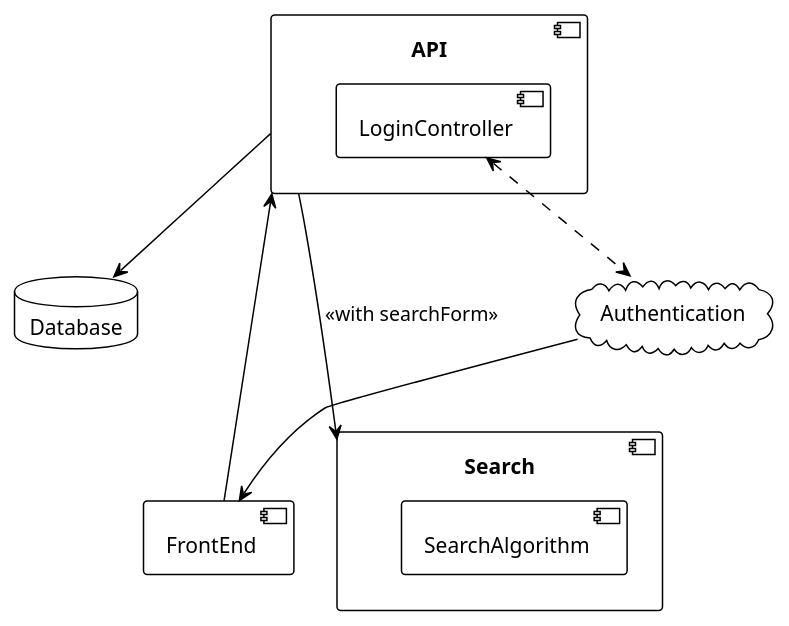
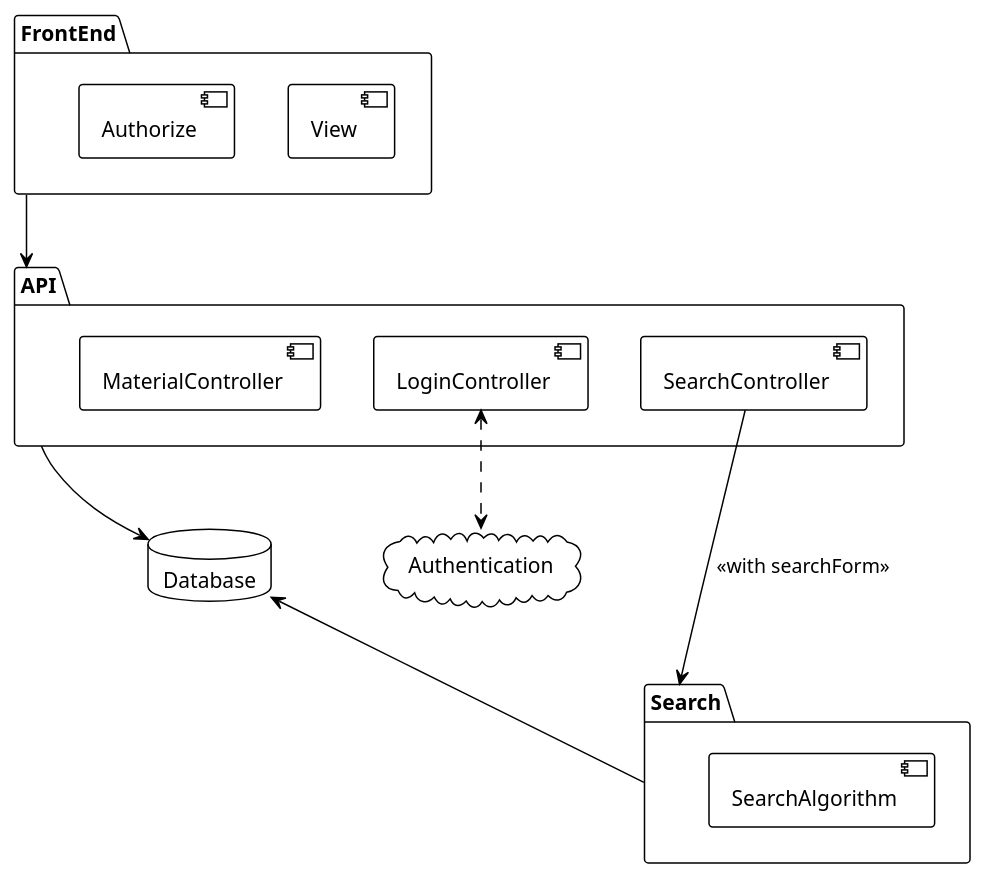
One commit to ahja-itu/BDSA2021-FinalProject changed the diagram in Documentation/UML/Handmade UML/subsystem_decomp_new.puml. Above: the diagram before and after it, drawn with PlantUML.

Commit message:
Update subsystem decomp figure

```diff
--- a/Documentation/UML/Handmade UML/subsystem_decomp_new.puml
+++ b/Documentation/UML/Handmade UML/subsystem_decomp_new.puml
@@ -1,24 +1,32 @@
 @startuml
 !theme plain
 
 database "Database" as DB
-component API {
+cloud Authentication
+
+package API {
     component LoginController
+    component SearchController
+    component MaterialController
 }
-component Search {
+package Search {
     component SearchAlgorithm
 }
-cloud Authentication
-component FrontEnd
 
-FrontEnd -u-> API
-API -d--> Search : <<with searchForm>>
+package FrontEnd {
+    component View
+    component Authorize
+}
+
+FrontEnd -d-> API
+SearchController -d--> Search : <<with searchForm>>
+
+Search -l-> DB
 
 LoginController <..> Authentication
-Authentication --> FrontEnd
 
 API -d-> DB
 
 
 
 @enduml
```
